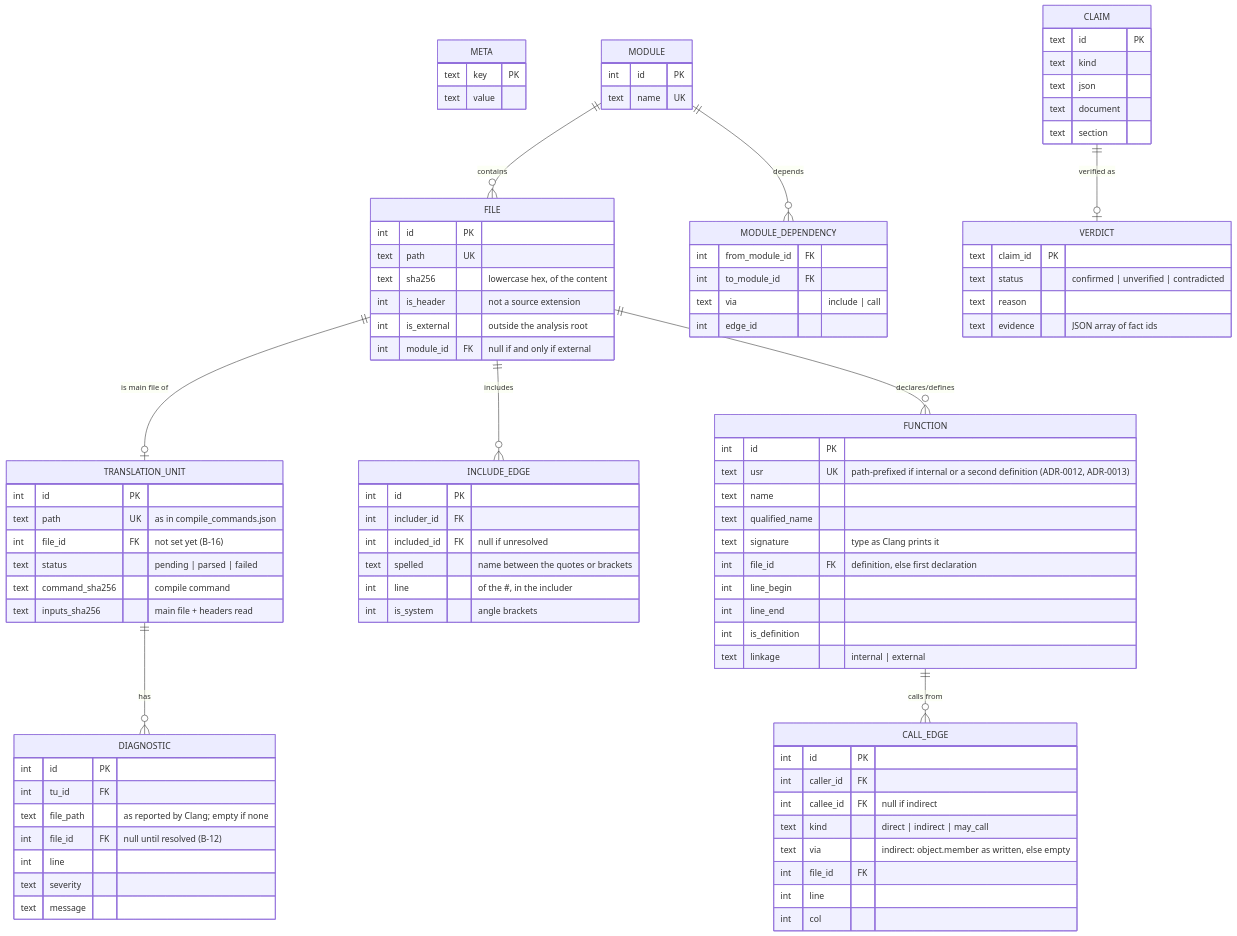
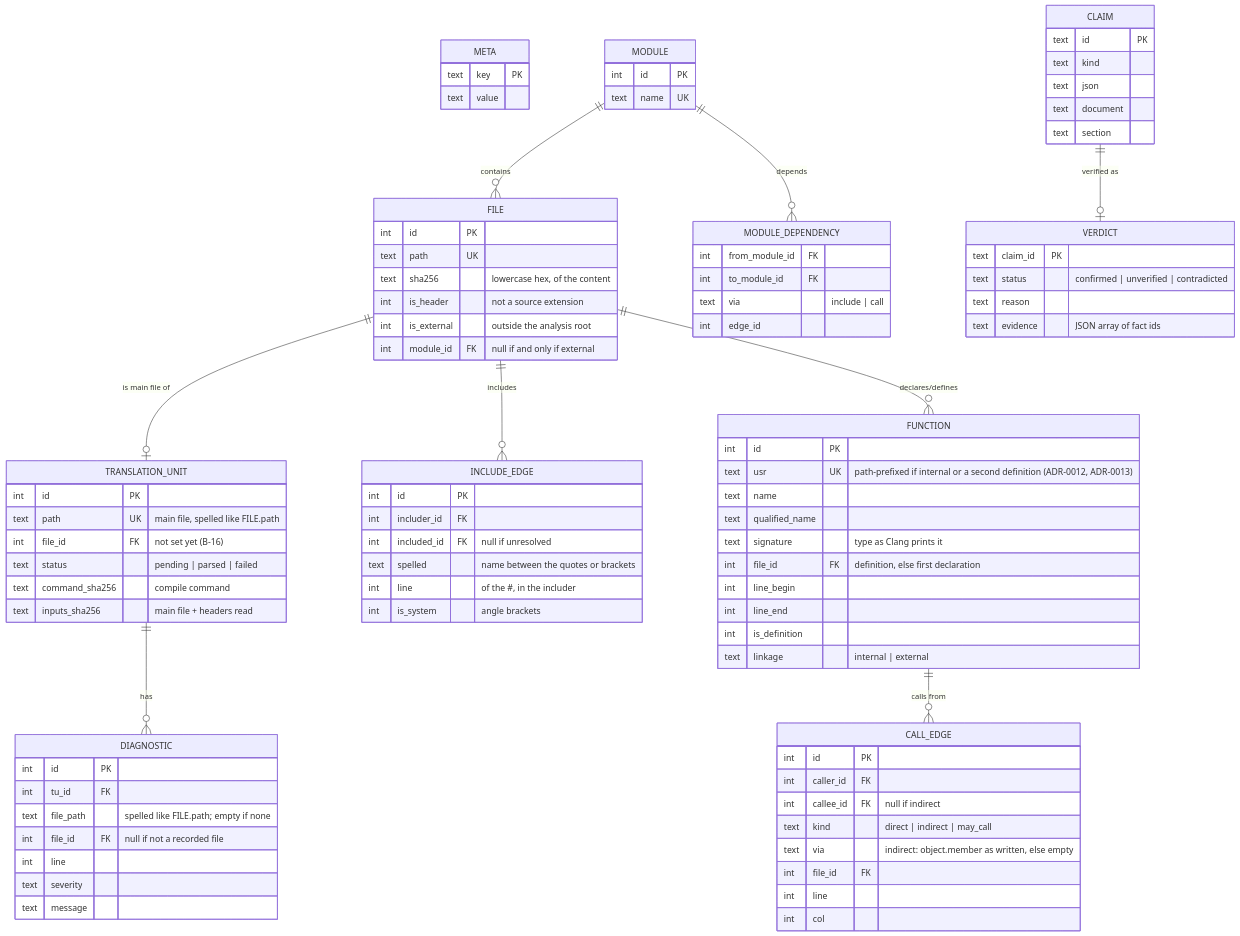
The diagram in docs/architecture/data-model.md (Tomek52/legacy-cartographer), drawn with Mermaid before and after one commit. The commit also changed other lines of this file and 9 other files, not shown here.

```diff
--- a/docs/architecture/data-model.md
+++ b/docs/architecture/data-model.md
@@ -17,7 +18,7 @@
     }
     TRANSLATION_UNIT {
         int id PK
-        text path UK "as in compile_commands.json"
+        text path UK "main file, spelled like FILE.path"
         int file_id FK "not set yet (B-16)"
         text status "pending | parsed | failed"
         text command_sha256 "compile command"
@@ -26,8 +27,8 @@
     DIAGNOSTIC {
         int id PK
         int tu_id FK
-        text file_path "as reported by Clang; empty if none"
-        int file_id FK "null until resolved (B-12)"
+        text file_path "spelled like FILE.path; empty if none"
+        int file_id FK "null if not a recorded file"
         int line
         text severity
         text message
```
